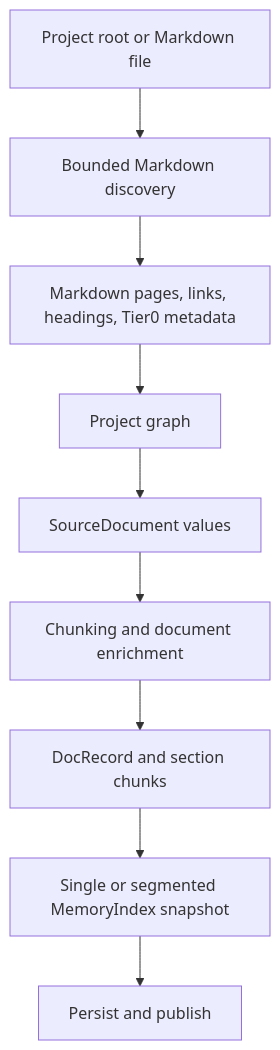
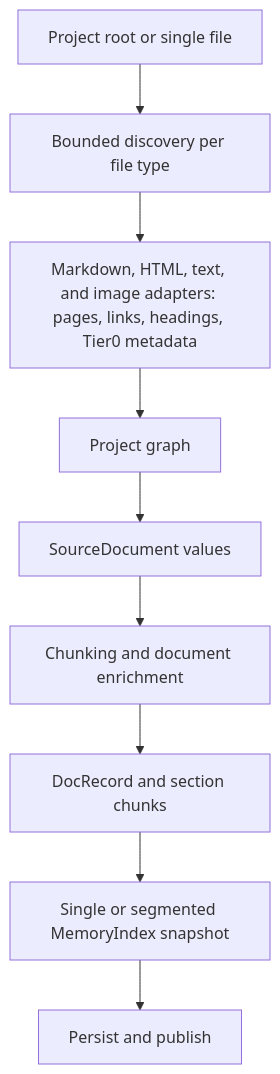
Before and after one commit to RooAGI/Membrick: the diagram in docs/ingestion-architecture.md, drawn with Mermaid. The commit also changed other lines of this file and 14 other files, not shown here.

First line of the commit message:
feat: index HTML, plain text, and described image files

````diff
--- a/docs/ingestion-architecture.md
+++ b/docs/ingestion-architecture.md
@@ -18,11 +44,11 @@
 ```mermaid
 flowchart TD
-    Root[Project root or Markdown file] --> Walk[Bounded Markdown discovery]
-    Walk --> Parse[Markdown pages, links, headings, Tier0 metadata]
+    Root[Project root or single file] --> Walk[Bounded discovery per file type]
+    Walk --> Parse[Markdown, HTML, text, and image adapters: pages, links, headings, Tier0 metadata]
     Parse --> Graph[Project graph]
     Graph --> Source[SourceDocument values]
     Source --> Pipeline[Chunking and document enrichment]
     Pipeline --> Records[DocRecord and section chunks]
     Records --> Snapshot[Single or segmented MemoryIndex snapshot]
     Snapshot --> Publish[Persist and publish]
 ```
````
